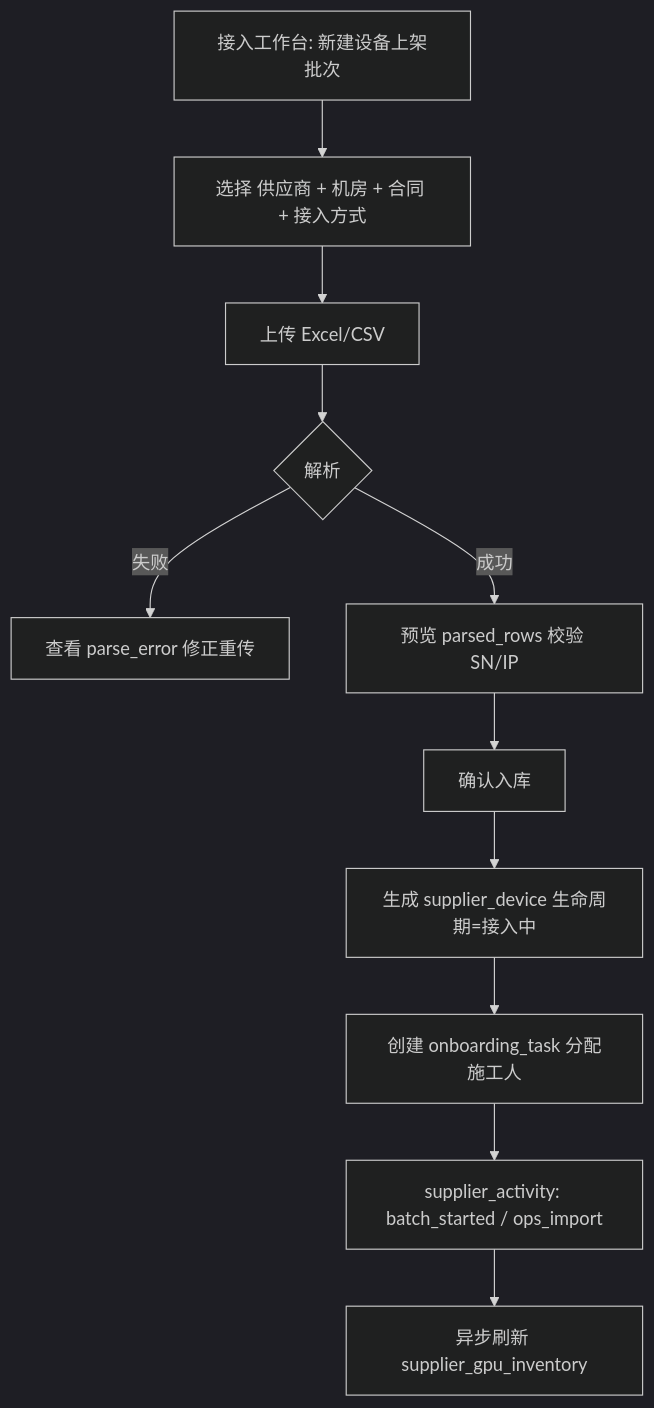
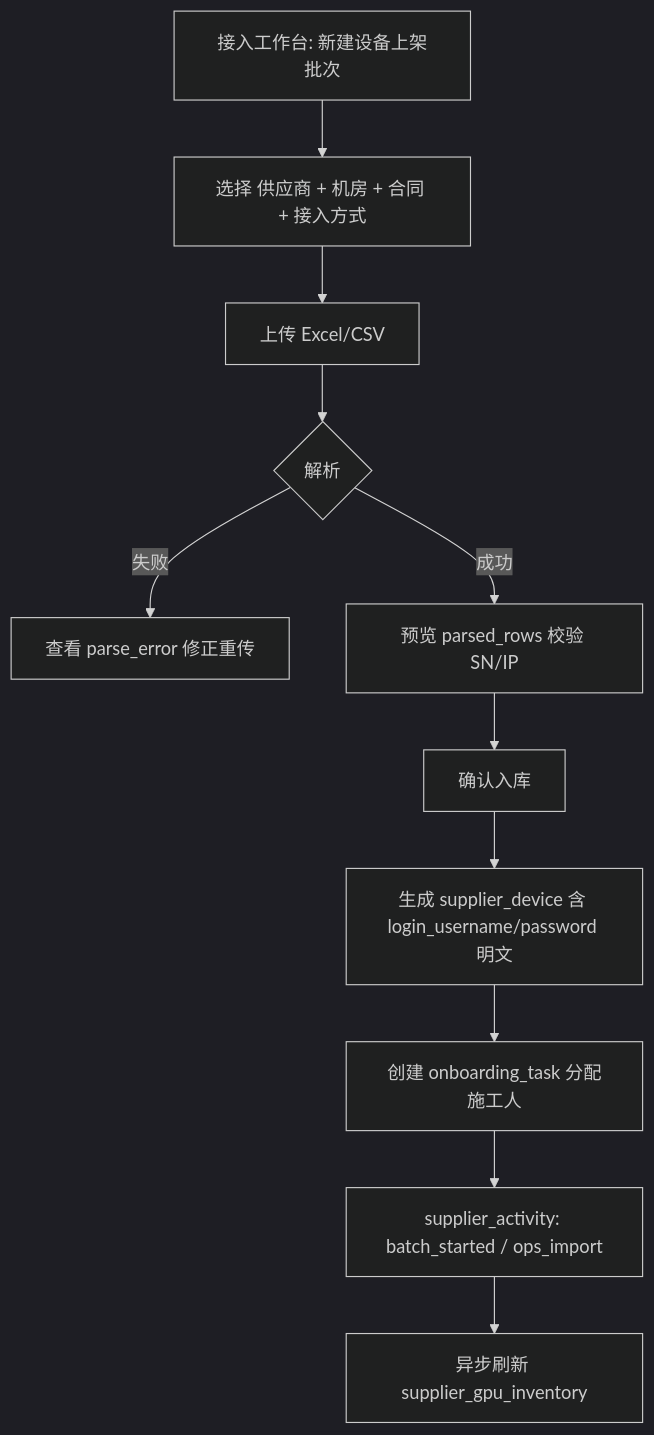
One commit to metacode0602/opencomfy-hub changed the third of 9 diagrams in apps/web/content/design/supplier-lifecycle-product-plan.md. Above: the diagram before and after it, drawn with Mermaid (dark theme). The commit also changed other lines of this file and 22 other files, not shown here.

````diff
--- a/apps/web/content/design/supplier-lifecycle-product-plan.md
+++ b/apps/web/content/design/supplier-lifecycle-product-plan.md
@@ -246,13 +247,13 @@
 ```mermaid
 flowchart TD
   S[接入工作台: 新建设备上架批次] --> S1[选择 供应商 + 机房 + 合同 + 接入方式]
   S1 --> S2[上传 Excel/CSV]
   S2 --> S3{解析}
   S3 -->|失败| S3e[查看 parse_error 修正重传]
   S3 -->|成功| S4[预览 parsed_rows 校验 SN/IP]
   S4 --> S5[确认入库]
-  S5 --> S6[生成 supplier_device 生命周期=接入中]
+  S5 --> S6[生成 supplier_device 含 login_username/password 明文]
   S6 --> S7[创建 onboarding_task 分配施工人]
   S7 --> S8[supplier_activity: batch_started / ops_import]
   S8 --> S9[异步刷新 supplier_gpu_inventory]
 ```
````
